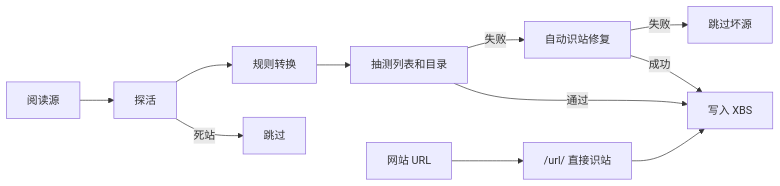
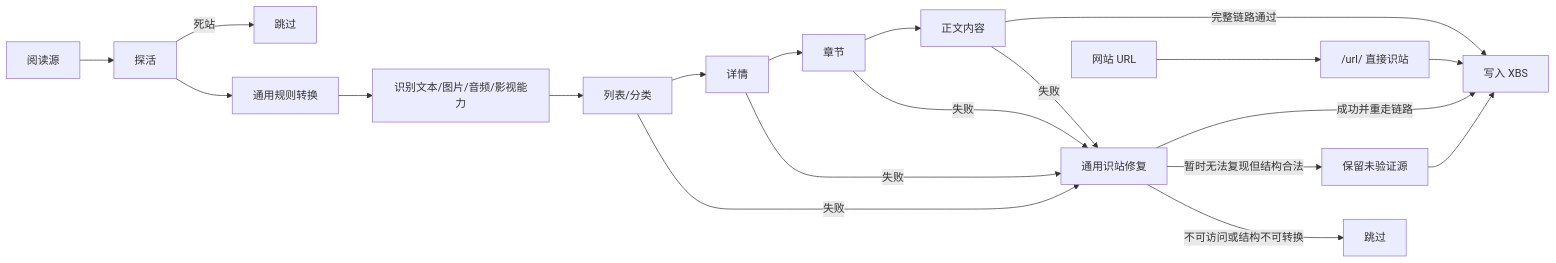
The diagram in README.md (baixiaoshengofficial/read2xsgg), drawn with Mermaid before and after one commit. The commit also changed other lines of this file and 55 other files, not shown here.

````diff
--- a/README.md
+++ b/README.md
@@ -257,13 +280,22 @@
 ```mermaid
 flowchart LR
   legado[阅读源] --> probe[探活]
   probe -->|死站| skip1[跳过]
-  probe --> convert[规则转换]
-  convert --> verify[抽测列表和目录]
-  verify -->|通过| xbs[写入 XBS]
-  verify -->|失败| analyze[自动识站修复]
-  analyze -->|成功| xbs
-  analyze -->|失败| skip2[跳过坏源]
+  probe --> convert[通用规则转换]
+  convert --> kind[识别文本/图片/音频/影视能力]
+  kind --> list[列表/分类]
+  list --> detail[详情]
+  detail --> toc[章节]
+  toc --> content[正文内容]
+  content -->|完整链路通过| xbs[写入 XBS]
+  list -->|失败| analyze[通用识站修复]
+  detail -->|失败| analyze
+  toc -->|失败| analyze
+  content -->|失败| analyze
+  analyze -->|成功并重走链路| xbs
+  analyze -->|暂时无法复现但结构合法| unverified[保留未验证源]
+  unverified --> xbs
+  analyze -->|不可访问或结构不可转换| skip2[跳过]
   siteUrl[网站 URL] --> analyzeDirect["/url/ 直接识站"]
   analyzeDirect --> xbs
 ```
````
